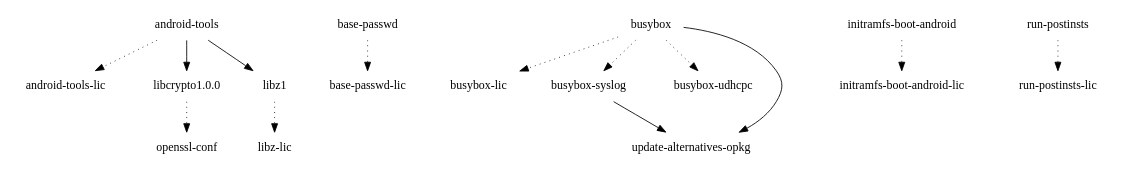
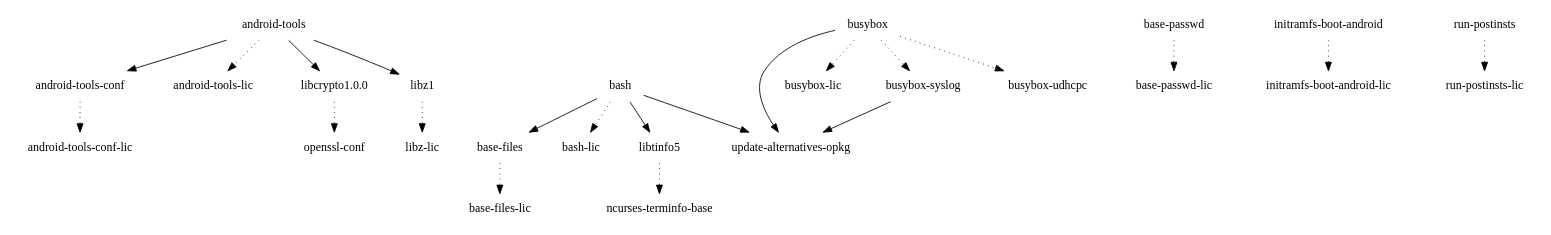
The diagram in images/maguro/eglibc/initramfs-android-image/depends-nokernel-nolibc.dot (webOS-ports/buildhistory), drawn with Graphviz before and after one commit. The commit also changed 11 other files, not shown here.

```diff
--- a/images/maguro/eglibc/initramfs-android-image/depends-nokernel-nolibc.dot
+++ b/images/maguro/eglibc/initramfs-android-image/depends-nokernel-nolibc.dot
@@ -1,16 +1,24 @@
 digraph depends {
     node [shape=plaintext]
+"android-tools" -> "android-tools-conf";
 "android-tools" -> "android-tools-lic" [style=dotted];
 "android-tools" -> "libcrypto1.0.0";
 "android-tools" -> "libz1";
+"android-tools-conf" -> "android-tools-conf-lic" [style=dotted];
+"base-files" -> "base-files-lic" [style=dotted];
 "base-passwd" -> "base-passwd-lic" [style=dotted];
+"bash" -> "base-files";
+"bash" -> "bash-lic" [style=dotted];
+"bash" -> "libtinfo5";
+"bash" -> "update-alternatives-opkg";
 "busybox" -> "busybox-lic" [style=dotted];
 "busybox" -> "busybox-syslog" [style=dotted];
 "busybox" -> "busybox-udhcpc" [style=dotted];
 "busybox" -> "update-alternatives-opkg";
 "busybox-syslog" -> "update-alternatives-opkg";
 "initramfs-boot-android" -> "initramfs-boot-android-lic" [style=dotted];
 "libcrypto1.0.0" -> "openssl-conf" [style=dotted];
+"libtinfo5" -> "ncurses-terminfo-base" [style=dotted];
 "libz1" -> "libz-lic" [style=dotted];
 "run-postinsts" -> "run-postinsts-lic" [style=dotted];
 }
```
